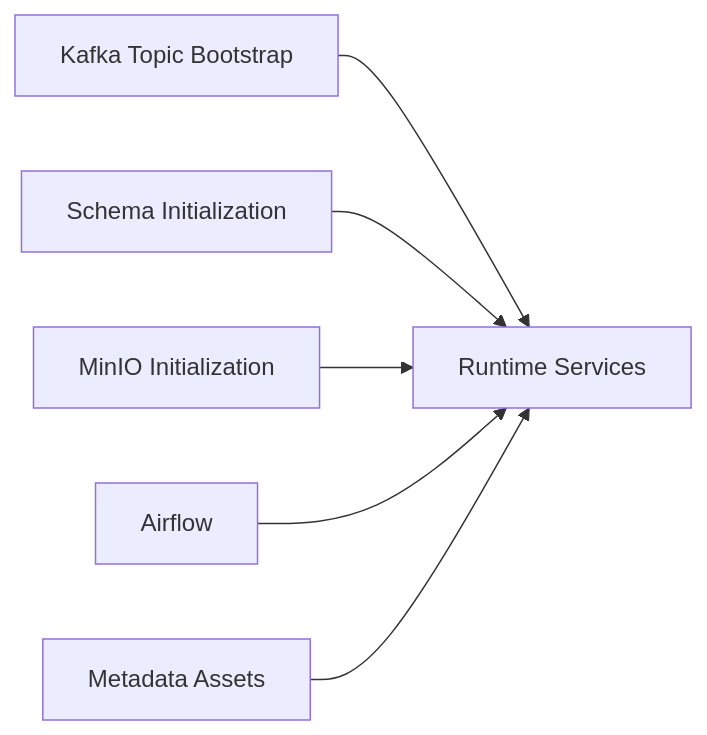
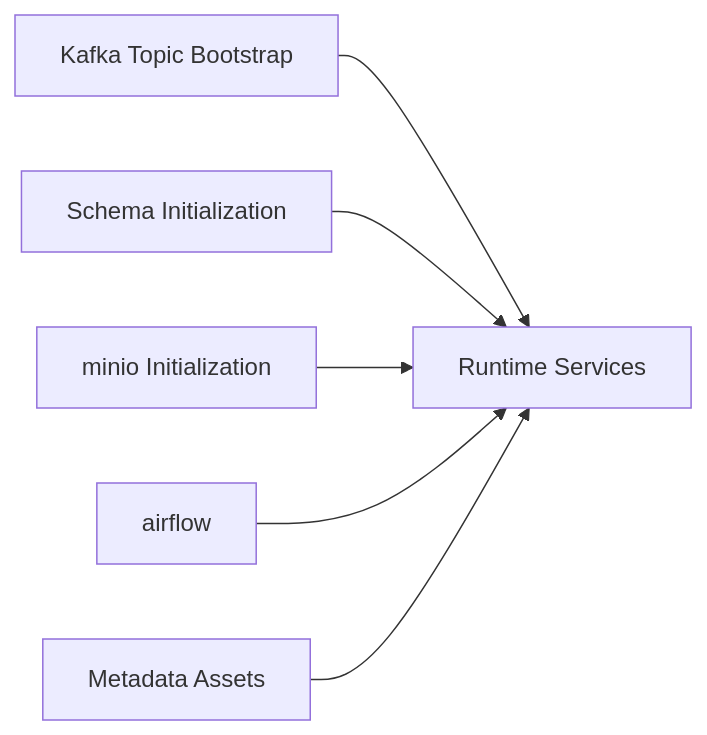
The first of 2 diagrams in platform-services/readme.md (paulchen8206/Full-Stack-Modern-Data-Architecture-and-Engineering), drawn with Mermaid before and after one commit. The commit also changed other lines of this file and 18 other files, not shown here.

````diff
--- a/platform-services/readme.md
+++ b/platform-services/readme.md
@@ -39,15 +39,15 @@
 ```mermaid
 flowchart LR
-  AIRFLOW[Airflow]
+  AIRFLOW[airflow]
   KAFKA_INIT[Kafka Topic Bootstrap]
   SCHEMA_INIT[Schema Initialization]
-  MINIO_INIT[MinIO Initialization]
+  MINIO_INIT[minio Initialization]
   META[Metadata Assets]
   RUNTIME[Runtime Services]
 
   KAFKA_INIT --> RUNTIME
   SCHEMA_INIT --> RUNTIME
   MINIO_INIT --> RUNTIME
   AIRFLOW --> RUNTIME
   META --> RUNTIME
 ```
````
